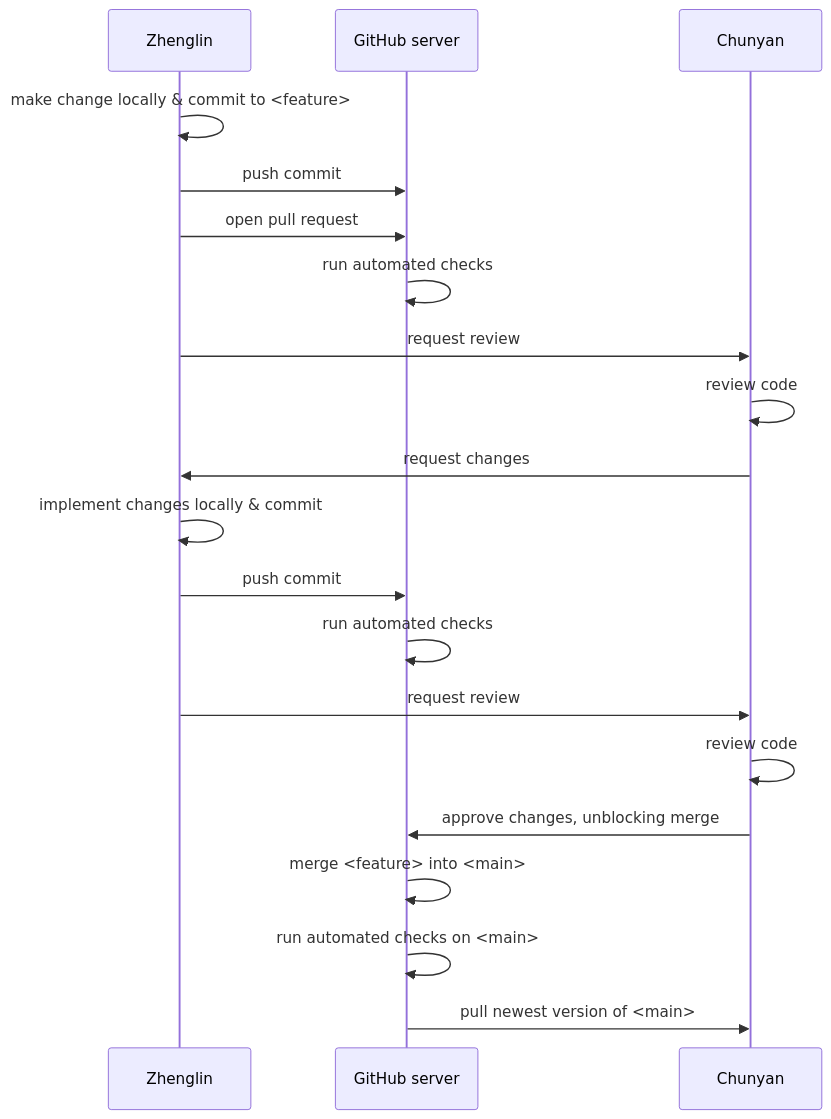
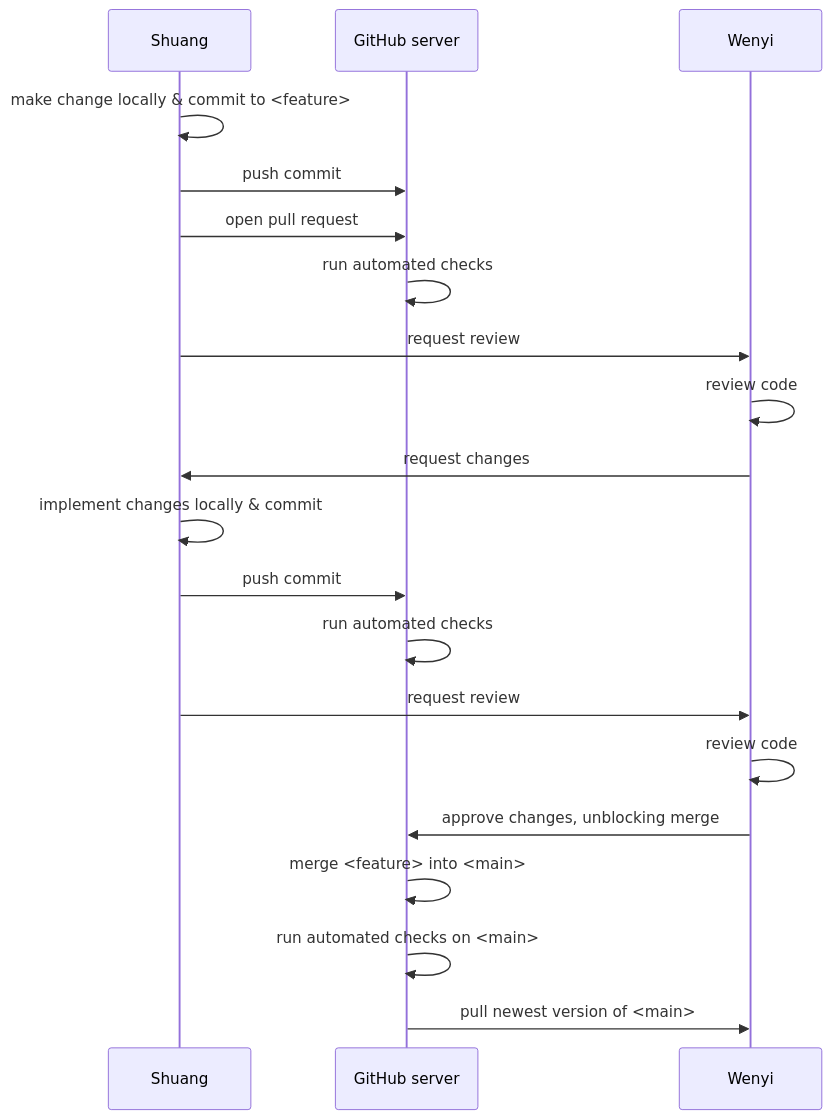
One commit to pharmarug/pharmasug2026-r-workshop changed the sixth of 6 diagrams in slides/02_collaboration.qmd. Above: the diagram before and after it, drawn with Mermaid. The commit also changed other lines of this file, not shown here.

````diff
--- a/slides/02_collaboration.qmd
+++ b/slides/02_collaboration.qmd
@@ -322,22 +322,22 @@
 ```{mermaid}
 sequenceDiagram
-    participant S as Zhenglin
+    participant S as Shuang
     participant GH as GitHub server
-    participant J as Chunyan
+    participant J as Wenyi
     S->>S: make change locally & commit to <feature>
     S->>GH: push commit
     S->>GH: open pull request
     GH->>GH: run automated checks
     S->>J: request review
     J->>J: review code
     J->>S: request changes
     S->>S: implement changes locally & commit
     S->>GH: push commit
     GH->>GH: run automated checks
     S->>J: request review
     J->>J: review code
     J->>GH: approve changes, unblocking merge
     GH->>GH: merge <feature> into <main>
     GH->>GH: run automated checks on <main>
     GH->>J: pull newest version of <main>
 ```
````
